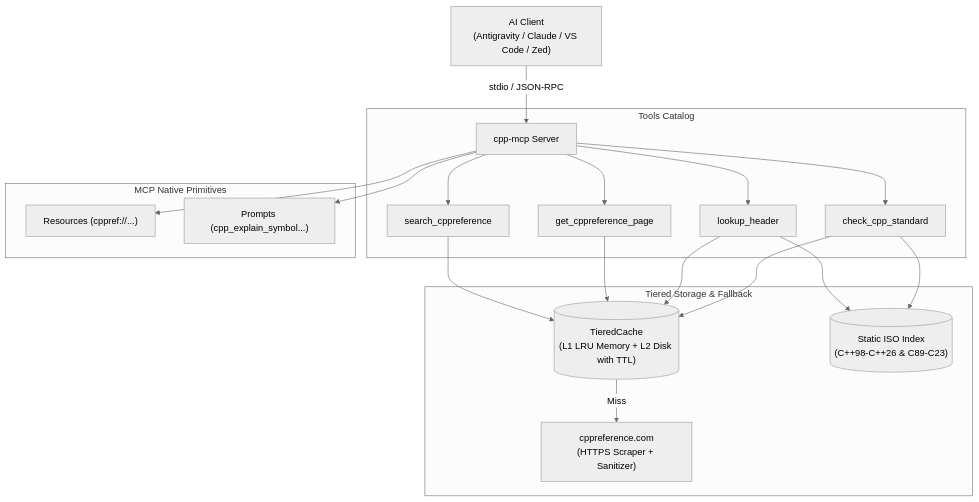
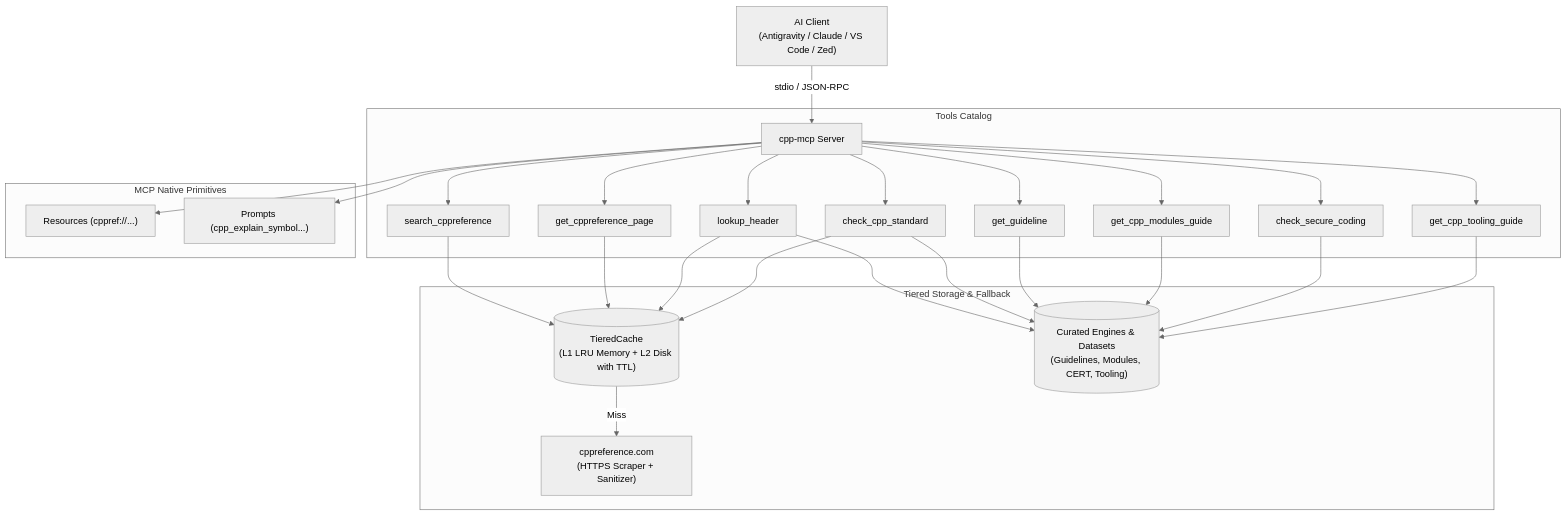
One commit to CHOCEK-RB/cpp-mcp changed the diagram in README.md. Above: the diagram before and after it, drawn with Mermaid (neutral theme). The commit also changed other lines of this file and 12 other files, not shown here.

````diff
--- a/README.md
+++ b/README.md
@@ -17,22 +17,26 @@
 ```mermaid
 flowchart TD
     Client["AI Client\n(Antigravity / Claude / VS Code / Zed)"] -- stdio / JSON-RPC --> Server["cpp-mcp Server"]
     
     subgraph Tools ["Tools Catalog"]
         Server --> T1["search_cppreference"]
         Server --> T2["get_cppreference_page"]
         Server --> T3["lookup_header"]
         Server --> T4["check_cpp_standard"]
+        Server --> T5["get_guideline"]
+        Server --> T6["get_cpp_modules_guide"]
+        Server --> T7["check_secure_coding"]
+        Server --> T8["get_cpp_tooling_guide"]
     end
 
     subgraph Primitives ["MCP Native Primitives"]
         Server --> Res["Resources (cppref://...)"]
         Server --> Prm["Prompts (cpp_explain_symbol...)"]
     end
 
     subgraph Storage ["Tiered Storage & Fallback"]
         T1 & T2 & T3 & T4 --> Cache[("TieredCache\n(L1 LRU Memory + L2 Disk with TTL)")]
-        T3 & T4 --> StaticIdx[("Static ISO Index\n(C++98-C++26 & C89-C23)")]
+        T3 & T4 & T5 & T6 & T7 & T8 --> StaticIdx[("Curated Engines & Datasets\n(Guidelines, Modules, CERT, Tooling)")]
         Cache -- Miss --> Web["cppreference.com\n(HTTPS Scraper + Sanitizer)"]
     end
 ```
````
